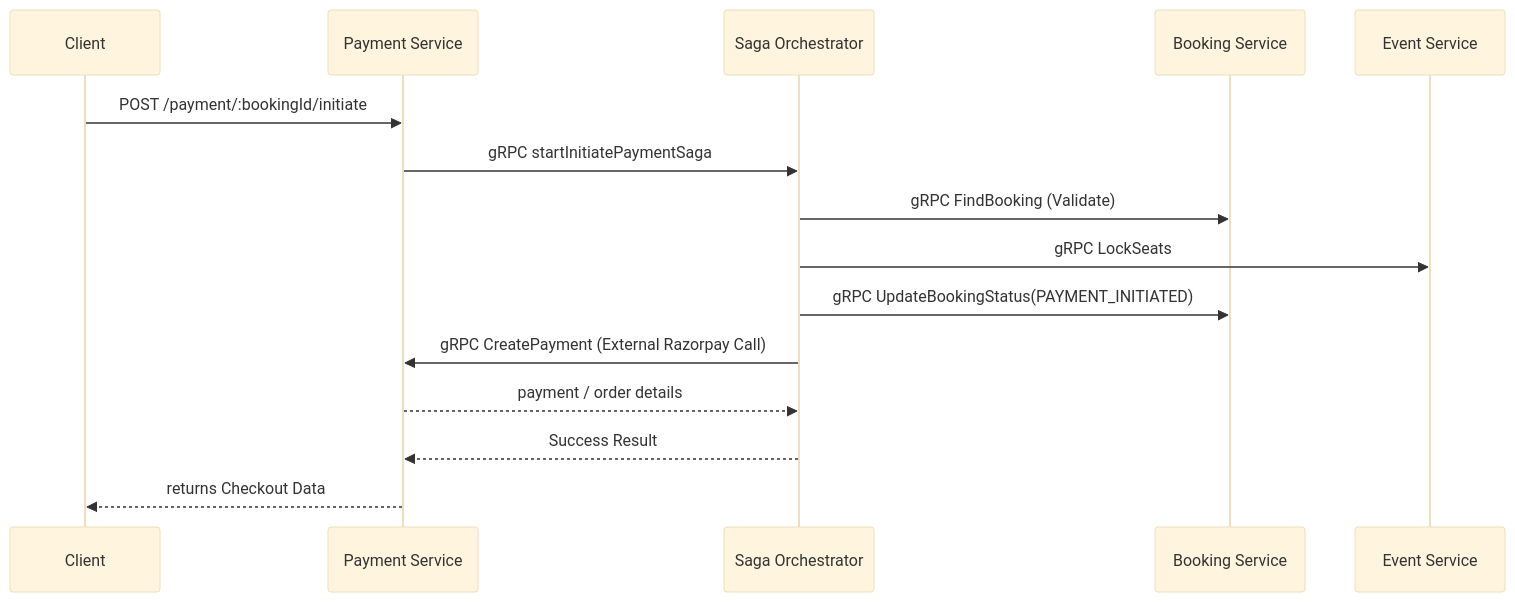
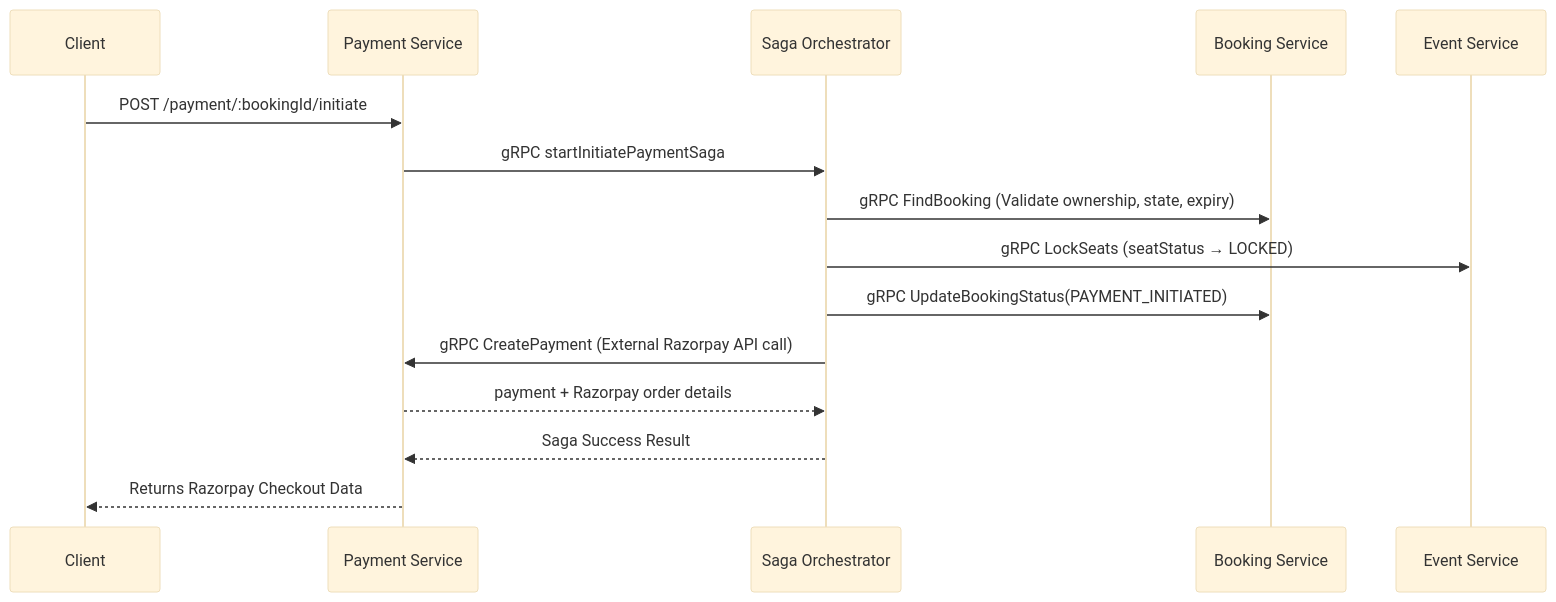
The first of 5 diagrams in docs/05_Impact_and_Diagrams.md (NithinKS007/EP-Microservices), drawn with Mermaid (base theme) before and after one commit. The commit also changed other lines of this file and 6 other files, not shown here.

````diff
--- a/docs/05_Impact_and_Diagrams.md
+++ b/docs/05_Impact_and_Diagrams.md
@@ -9,18 +9,18 @@
 ```mermaid
 sequenceDiagram
     participant C as Client
     participant P as Payment Service
     participant S as Saga Orchestrator
     participant B as Booking Service
     participant E as Event Service
 
     C->>P: POST /payment/:bookingId/initiate
     P->>S: gRPC startInitiatePaymentSaga
-    S->>B: gRPC FindBooking (Validate)
-    S->>E: gRPC LockSeats
+    S->>B: gRPC FindBooking (Validate ownership, state, expiry)
+    S->>E: gRPC LockSeats (seatStatus → LOCKED)
     S->>B: gRPC UpdateBookingStatus(PAYMENT_INITIATED)
-    S->>P: gRPC CreatePayment (External Razorpay Call)
-    P-->>S: payment / order details
-    S-->>P: Success Result
-    P-->>C: returns Checkout Data
+    S->>P: gRPC CreatePayment (External Razorpay API call)
+    P-->>S: payment + Razorpay order details
+    S-->>P: Saga Success Result
+    P-->>C: Returns Razorpay Checkout Data
 ```
````
